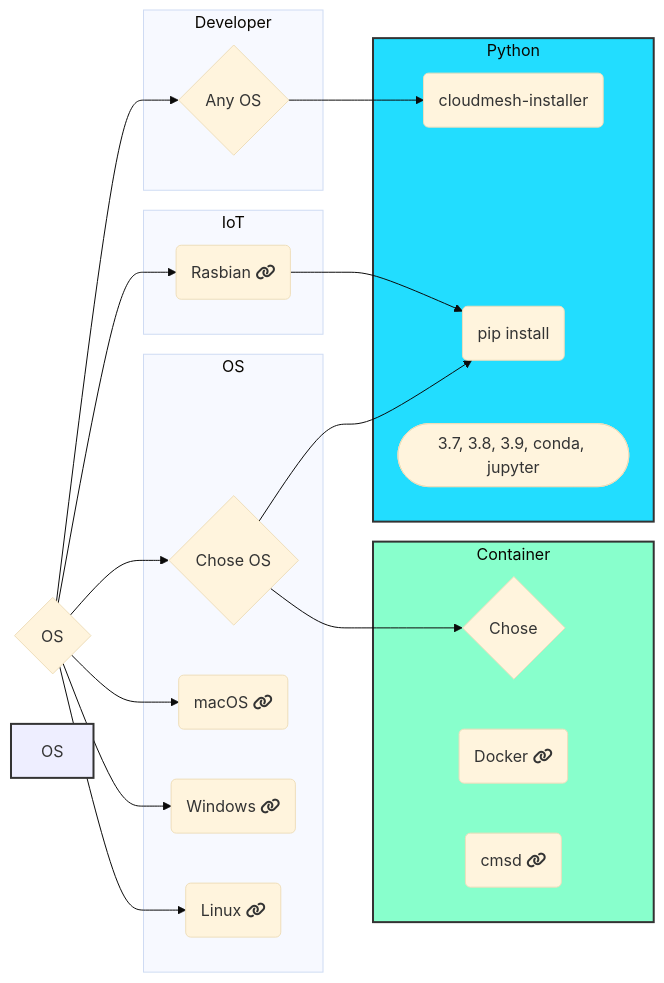
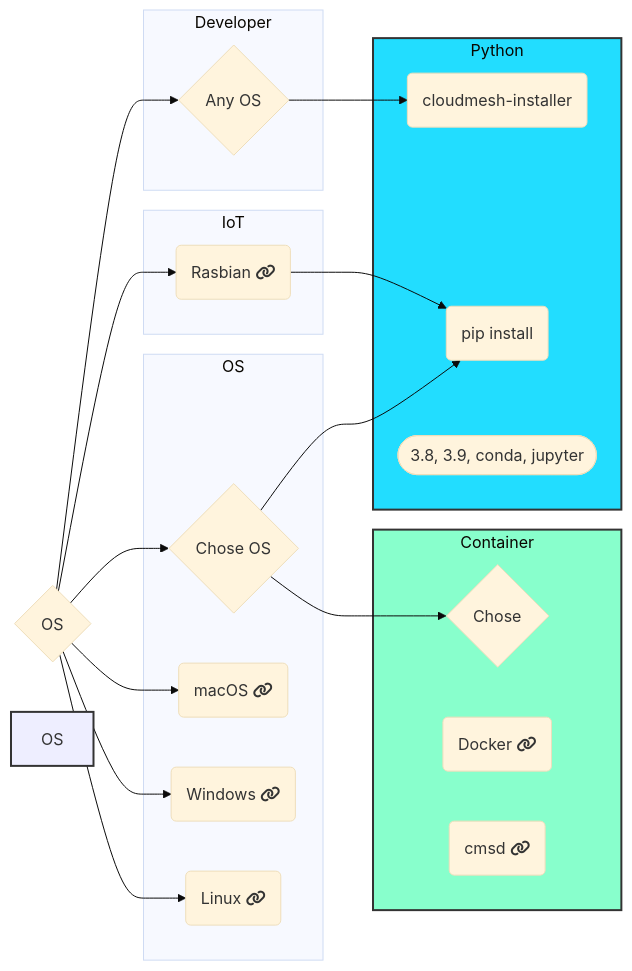
One commit to cloudmesh/cloudmesh-manual changed the diagram in docs-source/source/installation/install.rst. Above: the diagram before and after it, drawn with Mermaid (base theme). The commit also changed other lines of this file and 227 other files, not shown here.

```diff
--- a/docs-source/source/installation/install.rst
+++ b/docs-source/source/installation/install.rst
@@ -32,59 +32,59 @@
 .. mermaid::
 
    graph LR
         os{OS}
 
         os-->chose{Chose OS}
         os-->Raspbian
         os-->macOS
         os-->Windows
         os-->Linux
         os-->a
 
         a-->cmi
 
         chose-->pip
         chose-->c{Chose}
 
         Raspbian-->pip
 
         subgraph Python
-            p([3.7, 3.8, 3.9, conda, jupyter])
+            p([3.8, 3.9, conda, jupyter])
             pip(pip install)
             cmi(cloudmesh-installer)
         end
 
         subgraph IoT
             Raspbian(Rasbian fa:fa-link)
         end
 
         subgraph Developer
             a{Any OS}
         end
 
 
         subgraph  OS
             chose
             Linux(Linux fa:fa-link)
             macOS(macOS fa:fa-link)
             Windows(Windows fa:fa-link)
         end
 
         subgraph Container
 
             c
             Docker(Docker fa:fa-link)
             cmsd(cmsd fa:fa-link)
         end
 
         click Raspbian "https://cloudmesh.github.io/cloudmesh-manual/installation/pi/install-pi.html"
         click Windows "https://cloudmesh.github.io/cloudmesh-manual/installation/os/windows/index.html"
         click Linux "https://cloudmesh.github.io/cloudmesh-manual/installation/os/install-linux.html"
         click macOS "https://cloudmesh.github.io/cloudmesh-manual/installation/os/install-macos.html"
 
         click Docker "https://cloudmesh.github.io/cloudmesh-manual/installation/install.html#installation-of-cloudmesh-with-docker"
         click cmsd "https://cloudmesh.github.io/cloudmesh-manual/cmsd.html"
 
         style Container fill:#8fc,stroke:#333,stroke-width:2px
         style OS fill:#eef,stroke:#333,stroke-width:2px
         style Python fill:#2df,stroke:#333,stroke-width:2px
```
